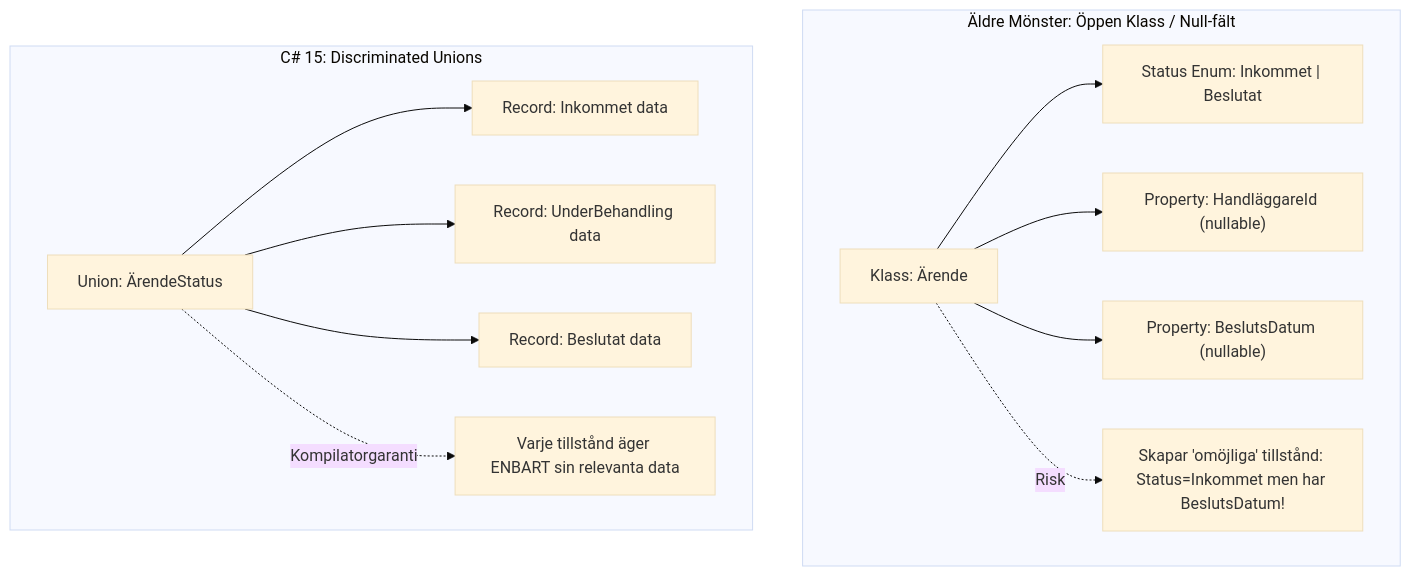
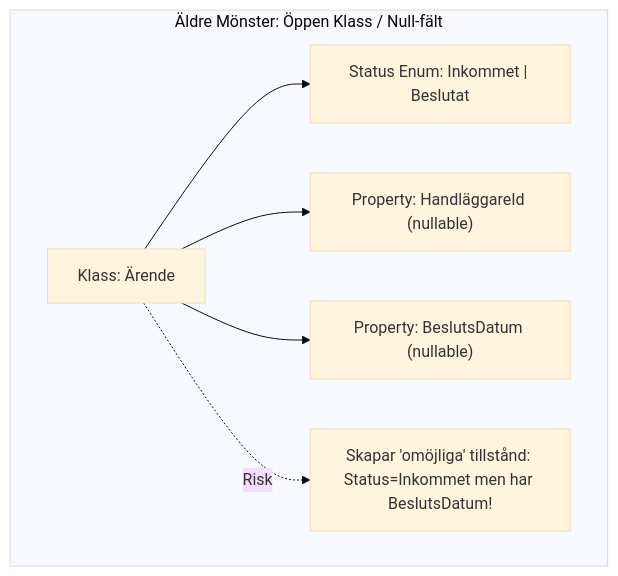
Before and after one commit to pownas/blog.pownas.se: the first of 4 diagrams in src/_posts/2026-10-11-dotnet-11-rc1.md, drawn with Mermaid (base theme).

Commit message:
Add Mermaid diagram for C# 15 Discriminated Unions section

````diff
--- a/src/_posts/2026-10-11-dotnet-11-rc1.md
+++ b/src/_posts/2026-10-11-dotnet-11-rc1.md
@@ -59,17 +59,10 @@
 ```mermaid
 graph TD
     subgraph S1["Äldre Mönster: Öppen Klass / Null-fält"]
         A1["Klass: Ärende"] --> B1["Status Enum: Inkommet | Beslutat"]
         A1 --> C1["Property: HandläggareId (nullable)"]
         A1 --> D1["Property: BeslutsDatum (nullable)"]
         A1 -. "Risk" .-> E1["Skapar 'omöjliga' tillstånd: Status=Inkommet men har BeslutsDatum!"]
     end
 
-    subgraph S2["C# 15: Discriminated Unions"]
-        A2["Union: ÄrendeStatus"] --> B2["Record: Inkommet data"]
-        A2 --> C2["Record: UnderBehandling data"]
-        A2 --> D2["Record: Beslutat data"]
-        A2 -. "Kompilatorgaranti" .-> E2["Varje tillstånd äger ENBART sin relevanta data"]
-    end
-
 ```
````
